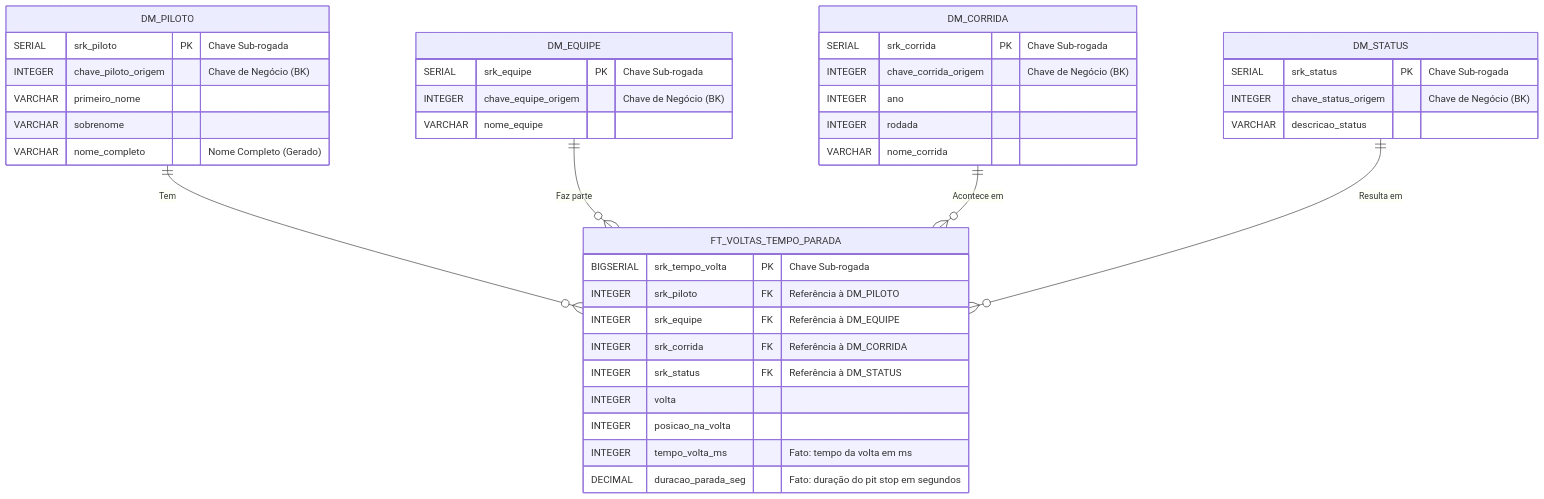
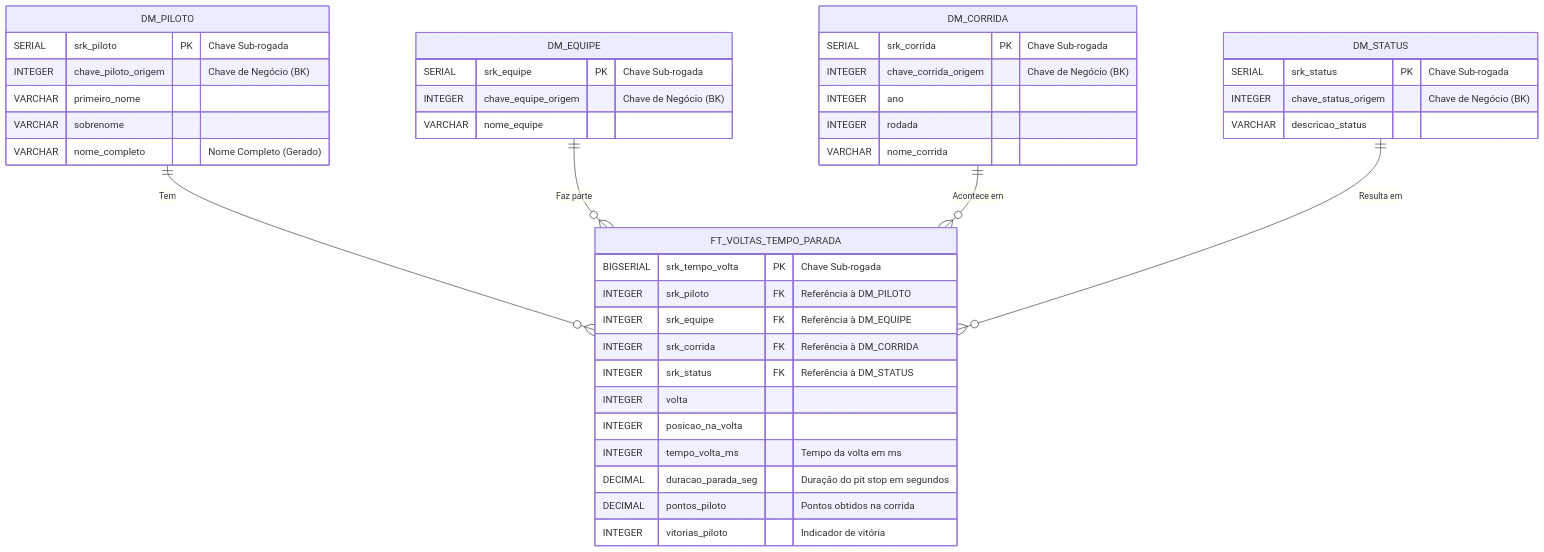
The diagram in Data Layer/gold/mer_gold.md (Julio1099/formula1-analytics), drawn with Mermaid before and after one commit. The commit also changed other lines of this file, not shown here.

Commit message:
Corrigindo o Mer Gold: corringindo a omissao de algumas tabelas e fazendo uma representacao visual do diagrama

````diff
--- a/Data Layer/gold/mer_gold.md
+++ b/Data Layer/gold/mer_gold.md
@@ -13,47 +13,49 @@
 ```mermaid
 erDiagram
     DM_PILOTO ||--o{ FT_VOLTAS_TEMPO_PARADA : "Tem"
     DM_EQUIPE ||--o{ FT_VOLTAS_TEMPO_PARADA : "Faz parte"
     DM_CORRIDA ||--o{ FT_VOLTAS_TEMPO_PARADA : "Acontece em"
     DM_STATUS ||--o{ FT_VOLTAS_TEMPO_PARADA : "Resulta em"
 
     DM_PILOTO {
         SERIAL srk_piloto PK "Chave Sub-rogada"
         INTEGER chave_piloto_origem "Chave de Negócio (BK)"
         VARCHAR primeiro_nome
         VARCHAR sobrenome
         VARCHAR nome_completo "Nome Completo (Gerado)"
     }
     
     DM_EQUIPE {
         SERIAL srk_equipe PK "Chave Sub-rogada"
         INTEGER chave_equipe_origem "Chave de Negócio (BK)"
         VARCHAR nome_equipe
     }
     
     DM_CORRIDA {
         SERIAL srk_corrida PK "Chave Sub-rogada"
         INTEGER chave_corrida_origem "Chave de Negócio (BK)"
         INTEGER ano
         INTEGER rodada
         VARCHAR nome_corrida
     }
     
     DM_STATUS {
         SERIAL srk_status PK "Chave Sub-rogada"
         INTEGER chave_status_origem "Chave de Negócio (BK)"
         VARCHAR descricao_status
     }
     
     FT_VOLTAS_TEMPO_PARADA {
         BIGSERIAL srk_tempo_volta PK "Chave Sub-rogada"
         INTEGER srk_piloto FK "Referência à DM_PILOTO"
         INTEGER srk_equipe FK "Referência à DM_EQUIPE"
         INTEGER srk_corrida FK "Referência à DM_CORRIDA"
         INTEGER srk_status FK "Referência à DM_STATUS"
         INTEGER volta
         INTEGER posicao_na_volta
-        INTEGER tempo_volta_ms "Fato: tempo da volta em ms"
-        DECIMAL duracao_parada_seg "Fato: duração do pit stop em segundos"
+        INTEGER tempo_volta_ms "Tempo da volta em ms"
+        DECIMAL duracao_parada_seg "Duração do pit stop em segundos"
+        DECIMAL pontos_piloto "Pontos obtidos na corrida"
+        INTEGER vitorias_piloto "Indicador de vitória"
     }
 ```
````
